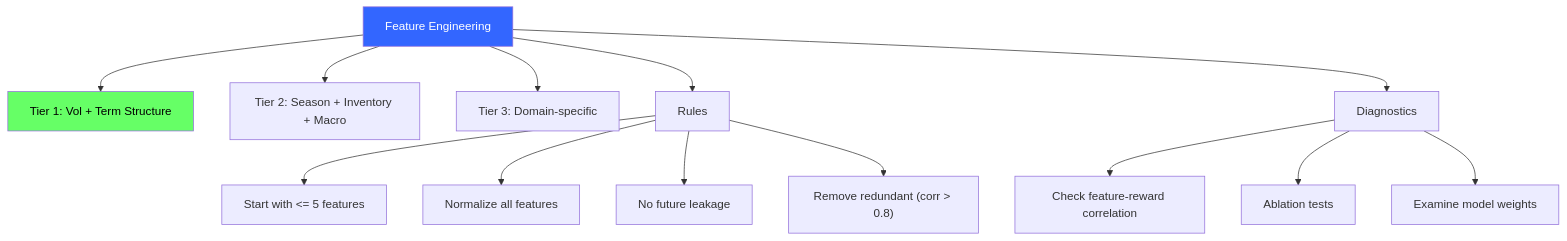
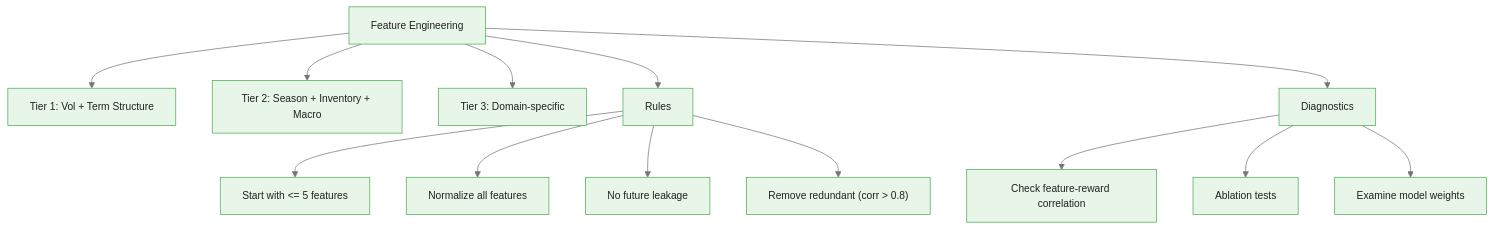
One commit to m-deane/course-creator changed the third of 3 diagrams in courses/multi-armed-bandits-ab-testing/modules/module_03_contextual_bandits/guides/03_feature_engineering_bandits_slides.md. Above: the diagram before and after it, drawn with Mermaid. The commit also changed other lines of this file and 146 other files, not shown here.

````diff
--- a/courses/multi-armed-bandits-ab-testing/modules/module_03_contextual_bandits/guides/03_feature_engineering_bandits_slides.md
+++ b/courses/multi-armed-bandits-ab-testing/modules/module_03_contextual_bandits/guides/03_feature_engineering_bandits_slides.md
@@ -249,20 +290,18 @@
 ```mermaid
+%%{init: {"theme": "base", "themeVariables": {"primaryColor": "#e8f5e9", "primaryBorderColor": "#4caf50", "primaryTextColor": "#212121", "secondaryColor": "#e3f2fd", "tertiaryColor": "#fff8e1", "lineColor": "#757575", "fontFamily": "Inter, sans-serif", "fontSize": "14px"}}}%%
 flowchart TD
     FE["Feature Engineering"] --> Tier1["Tier 1: Vol + Term Structure"]
     FE --> Tier2["Tier 2: Season + Inventory + Macro"]
     FE --> Tier3["Tier 3: Domain-specific"]
 
     FE --> Rules["Rules"]
     Rules --> R1["Start with <= 5 features"]
     Rules --> R2["Normalize all features"]
     Rules --> R3["No future leakage"]
     Rules --> R4["Remove redundant (corr > 0.8)"]
 
     FE --> Diag["Diagnostics"]
     Diag --> D1["Check feature-reward correlation"]
     Diag --> D2["Ablation tests"]
     Diag --> D3["Examine model weights"]
-
-    style FE fill:#36f,color:#fff
-    style Tier1 fill:#6f6,color:#000
 ```
````
